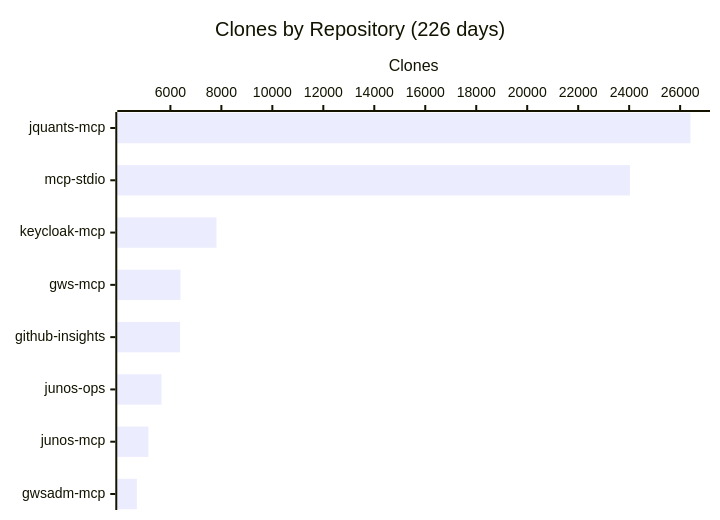
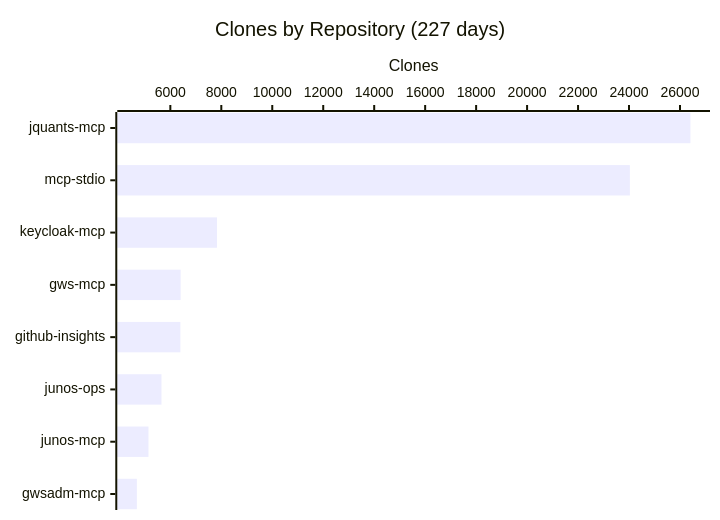
The fourth of 4 diagrams in README.md (shigechika/github-insights), drawn with Mermaid before and after one commit. The commit also changed other lines of this file and 1 other file, not shown here.

````diff
--- a/README.md
+++ b/README.md
@@ -58,7 +58,7 @@
 ```mermaid
 xychart-beta horizontal
-    title "Clones by Repository (226 days)"
+    title "Clones by Repository (227 days)"
     x-axis ["jquants-mcp", "mcp-stdio", "keycloak-mcp", "gws-mcp", "github-insights", "junos-ops", "junos-mcp", "gwsadm-mcp"]
     y-axis "Clones"
-    bar [26404, 24029, 7807, 6396, 6379, 5650, 5138, 4684]
+    bar [26410, 24033, 7830, 6404, 6394, 5653, 5141, 4686]
 ```
````
